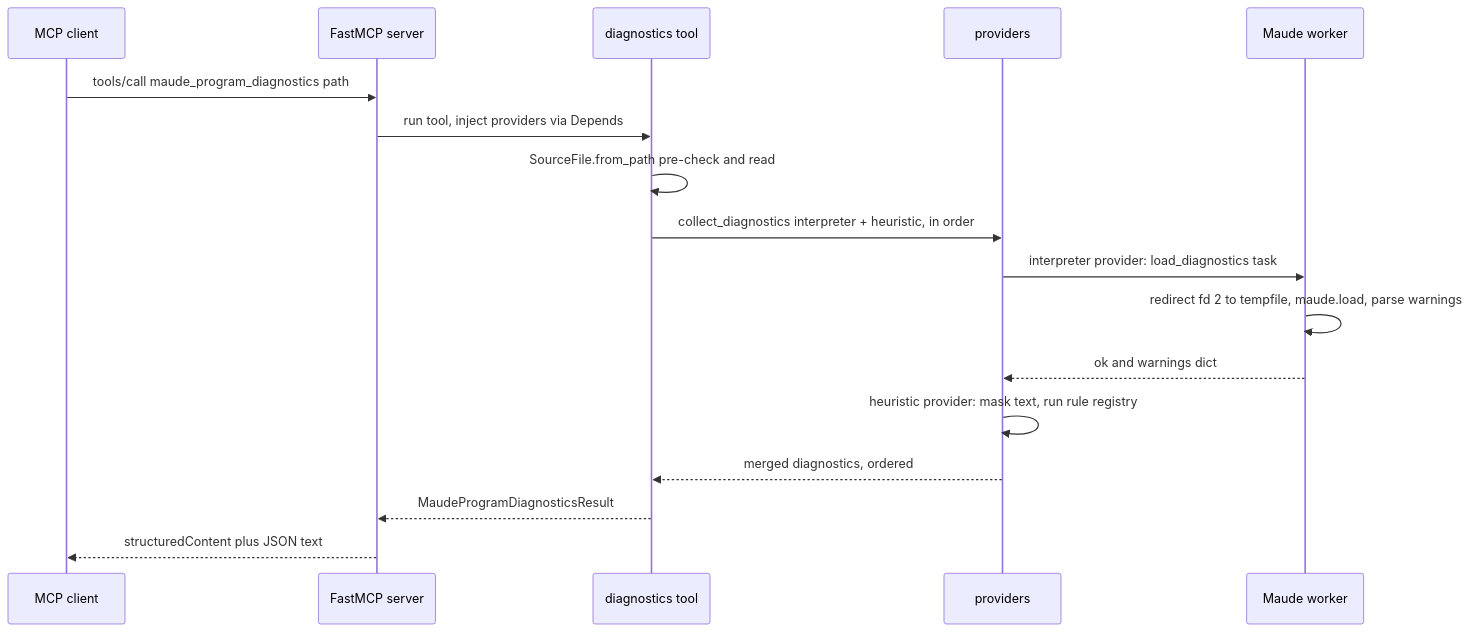
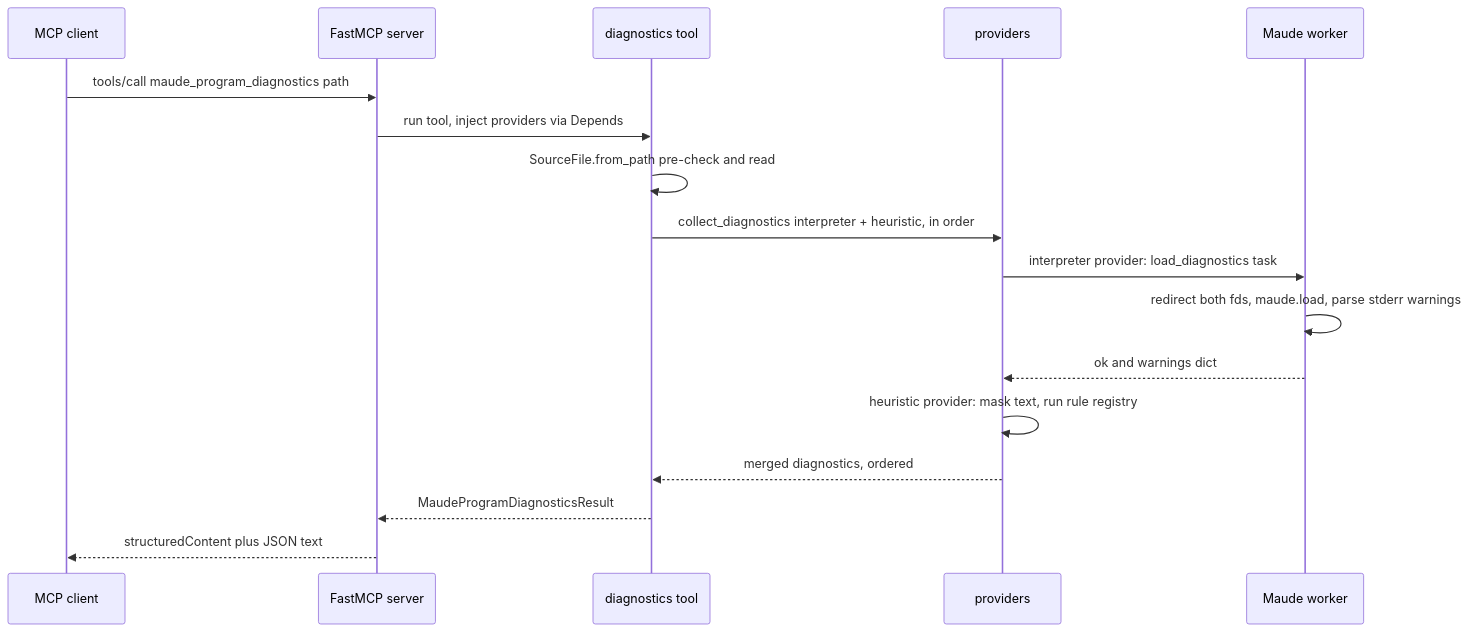
Before and after one commit to demiourgoi/Harold: the first of 2 diagrams in harold-mcp/.agents/summary/interfaces.md, drawn with Mermaid. The commit also changed other lines of this file and 9 other files, not shown here.

````diff
--- a/harold-mcp/.agents/summary/interfaces.md
+++ b/harold-mcp/.agents/summary/interfaces.md
@@ -53,19 +87,19 @@
 ```mermaid
 sequenceDiagram
     participant C as MCP client
     participant F as FastMCP server
     participant T as diagnostics tool
     participant P as providers
     participant W as Maude worker
     C->>F: tools/call maude_program_diagnostics path
     F->>T: run tool, inject providers via Depends
     T->>T: SourceFile.from_path pre-check and read
     T->>P: collect_diagnostics interpreter + heuristic, in order
     P->>W: interpreter provider: load_diagnostics task
-    W->>W: redirect fd 2 to tempfile, maude.load, parse warnings
+    W->>W: redirect both fds, maude.load, parse stderr warnings
     W-->>P: ok and warnings dict
     P->>P: heuristic provider: mask text, run rule registry
     P-->>T: merged diagnostics, ordered
     T-->>F: MaudeProgramDiagnosticsResult
     F-->>C: structuredContent plus JSON text
 ```
````
